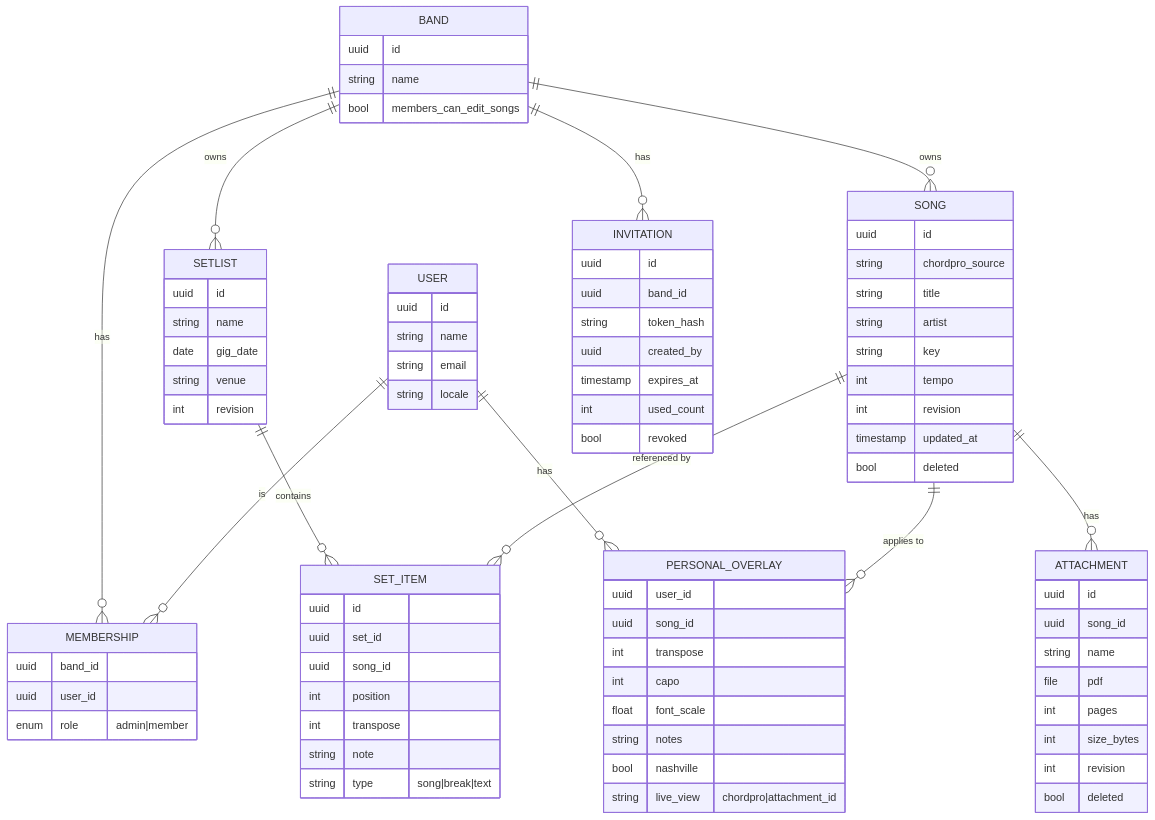
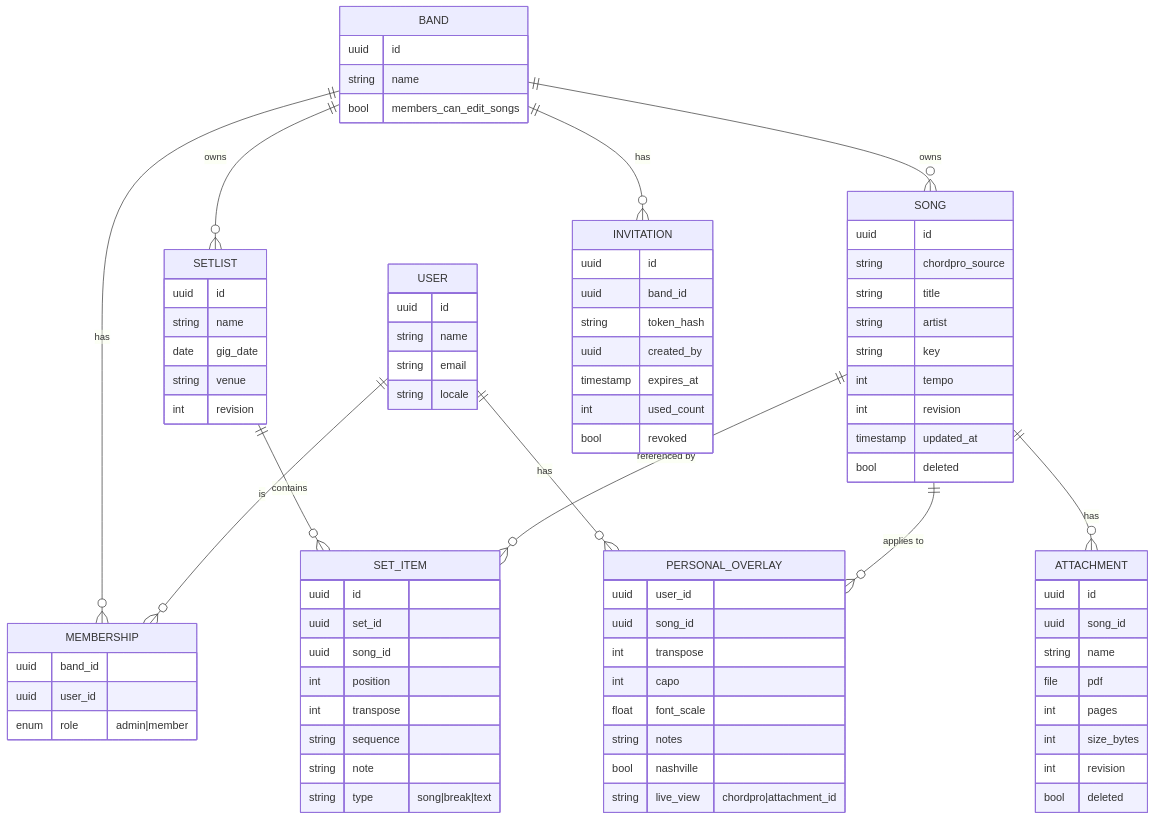
One commit to setDING/setDING changed the second of 2 diagrams in docs/architecture/README.md. Above: the diagram before and after it, drawn with Mermaid. The commit also changed 17 other files, not shown here.

First line of the commit message:
feat(sets): override the song sequence per set item

````diff
--- a/docs/architecture/README.md
+++ b/docs/architecture/README.md
@@ -101,23 +101,23 @@
 ```mermaid
 erDiagram
     BAND ||--o{ MEMBERSHIP : has
     USER ||--o{ MEMBERSHIP : is
     BAND ||--o{ SONG : owns
     BAND ||--o{ SETLIST : owns
     SETLIST ||--o{ SET_ITEM : contains
     SONG ||--o{ SET_ITEM : "referenced by"
     USER ||--o{ PERSONAL_OVERLAY : has
     SONG ||--o{ PERSONAL_OVERLAY : "applies to"
     SONG ||--o{ ATTACHMENT : has
     BAND ||--o{ INVITATION : has
 
     BAND { uuid id string name bool members_can_edit_songs }
     USER { uuid id string name string email string locale }
     MEMBERSHIP { uuid band_id uuid user_id enum role "admin|member" }
     SONG { uuid id string chordpro_source string title string artist string key int tempo int revision timestamp updated_at bool deleted }
     SETLIST { uuid id string name date gig_date string venue int revision }
-    SET_ITEM { uuid id uuid set_id uuid song_id int position int transpose string note string type "song|break|text" }
+    SET_ITEM { uuid id uuid set_id uuid song_id int position int transpose string sequence string note string type "song|break|text" }
     PERSONAL_OVERLAY { uuid user_id uuid song_id int transpose int capo float font_scale string notes bool nashville string live_view "chordpro|attachment_id" }
     ATTACHMENT { uuid id uuid song_id string name file pdf int pages int size_bytes int revision bool deleted }
     INVITATION { uuid id uuid band_id string token_hash uuid created_by timestamp expires_at int used_count bool revoked }
 ```
````
